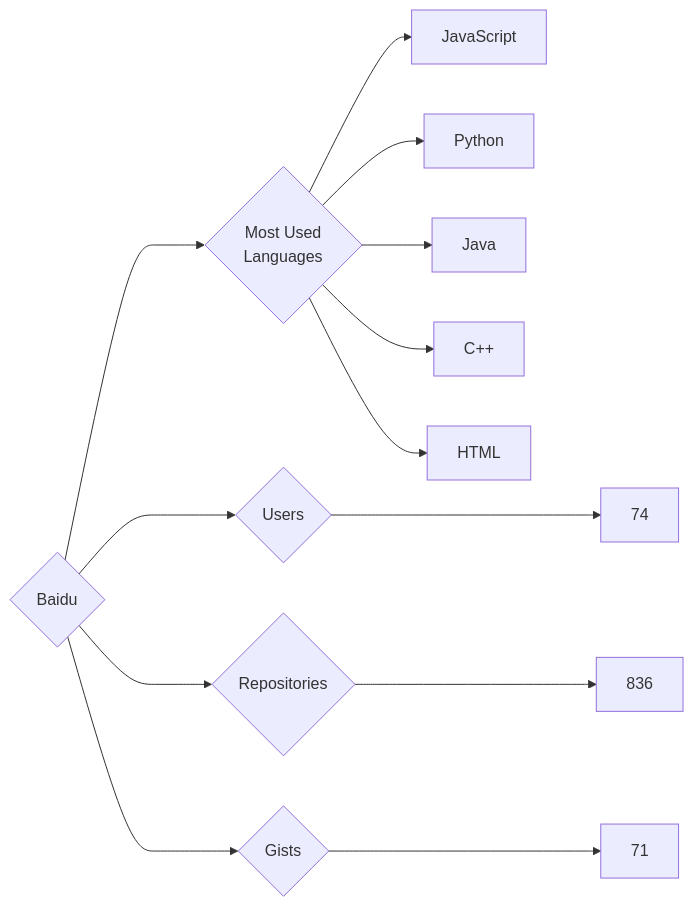
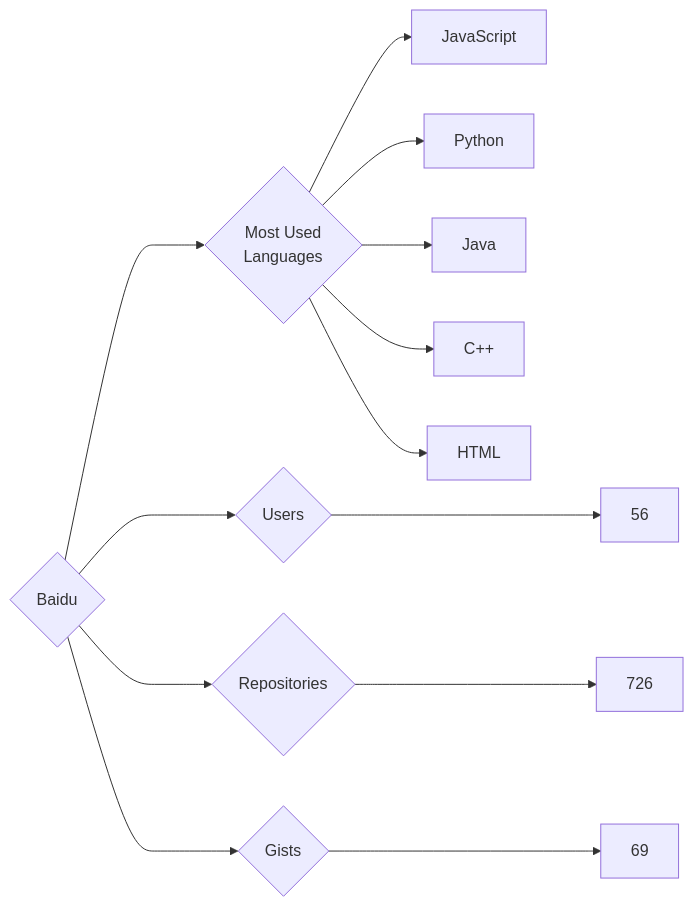
Before and after one commit to trickest/insiders: the diagram in targets/Baidu/README.md, drawn with Mermaid. The commit also changed 955 other files, not shown here.

````diff
--- a/targets/Baidu/README.md
+++ b/targets/Baidu/README.md
@@ -3,13 +3,13 @@
 ```mermaid
 graph LR
 COMPANY_NAME{Baidu}
-COMPANY_NAME ---> U{Users} ---> UN[74]
-COMPANY_NAME ---> R{Repositories} ---> RN[836]
-COMPANY_NAME ---> G{Gists} ---> GN[71]
+COMPANY_NAME ---> U{Users} ---> UN[56]
+COMPANY_NAME ---> R{Repositories} ---> RN[726]
+COMPANY_NAME ---> G{Gists} ---> GN[69]
 COMPANY_NAME ---> ML{Most Used<br>Languages}
 ML --> JavaScript[JavaScript]
 ML --> Python[Python]
 ML --> Java[Java]
 ML --> C++[C++]
 ML --> HTML[HTML]
 ```
````
